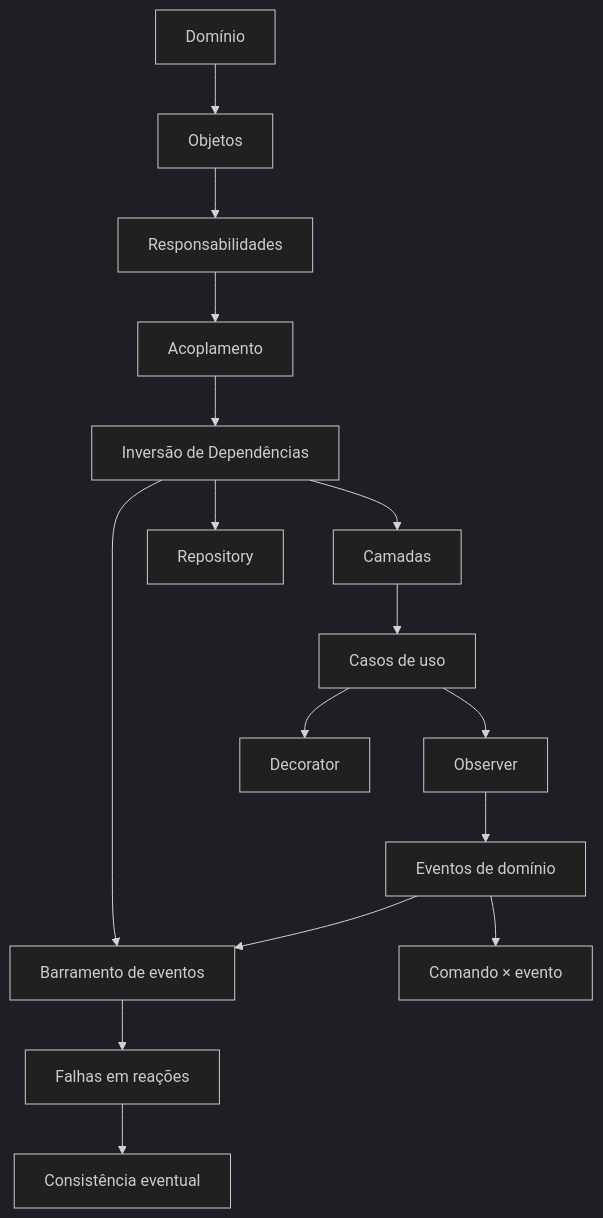
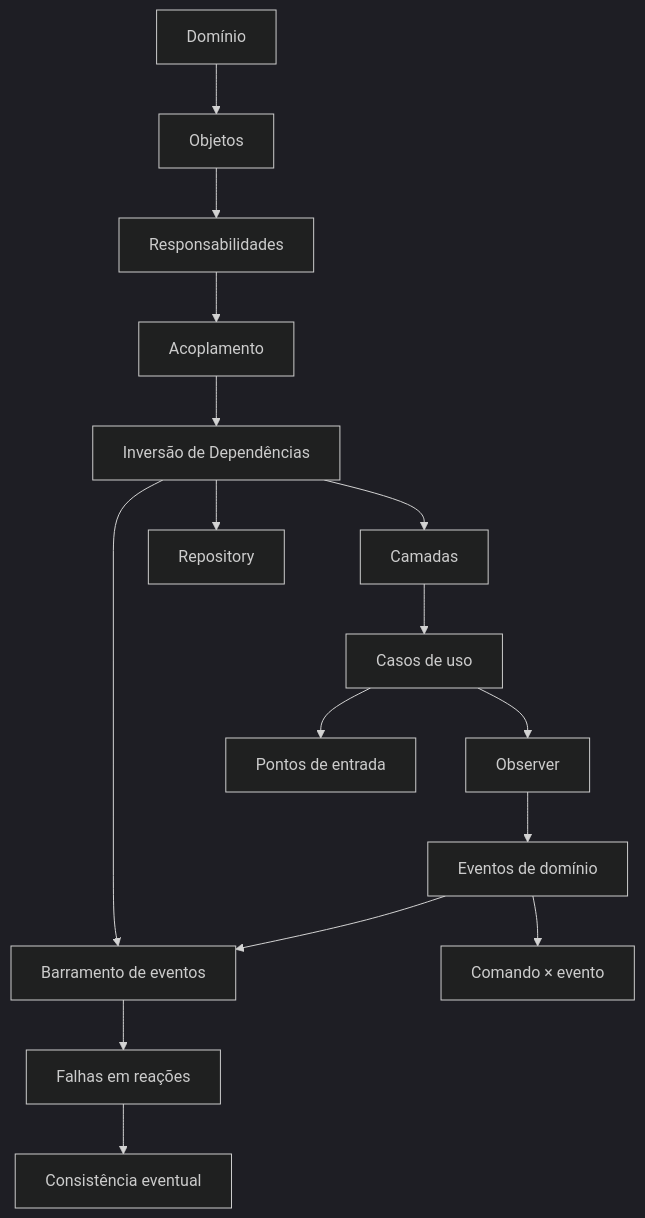
One commit to eduardo-da-silva/poo2 changed the diagram in docs/modulo6/mapa-conhecimento.md. Above: the diagram before and after it, drawn with Mermaid (dark theme). The commit also changed other lines of this file and 120 other files, not shown here.

First line of the commit message:
feat: capítulo de pontos de entrada, bônus de padrões e entrega com padrão escolhido

````diff
--- a/docs/modulo6/mapa-conhecimento.md
+++ b/docs/modulo6/mapa-conhecimento.md
@@ -61,18 +68,18 @@
 ```mermaid
 graph TD
     DOM[Domínio] --> OBJ[Objetos]
     OBJ --> RESP[Responsabilidades]
     RESP --> AC[Acoplamento]
     AC --> DIP[Inversão de Dependências]
     DIP --> CAM[Camadas]
     DIP --> REPO[Repository]
     CAM --> UC[Casos de uso]
     UC --> OBS[Observer]
     OBS --> EVT[Eventos de domínio]
     EVT --> BAR[Barramento de eventos]
     DIP --> BAR
-    UC --> DEC[Decorator]
+    UC --> ENT[Pontos de entrada]
     BAR --> FAL[Falhas em reações]
     FAL --> EVE[Consistência eventual]
     EVT --> CMD[Comando × evento]
 ```
````
